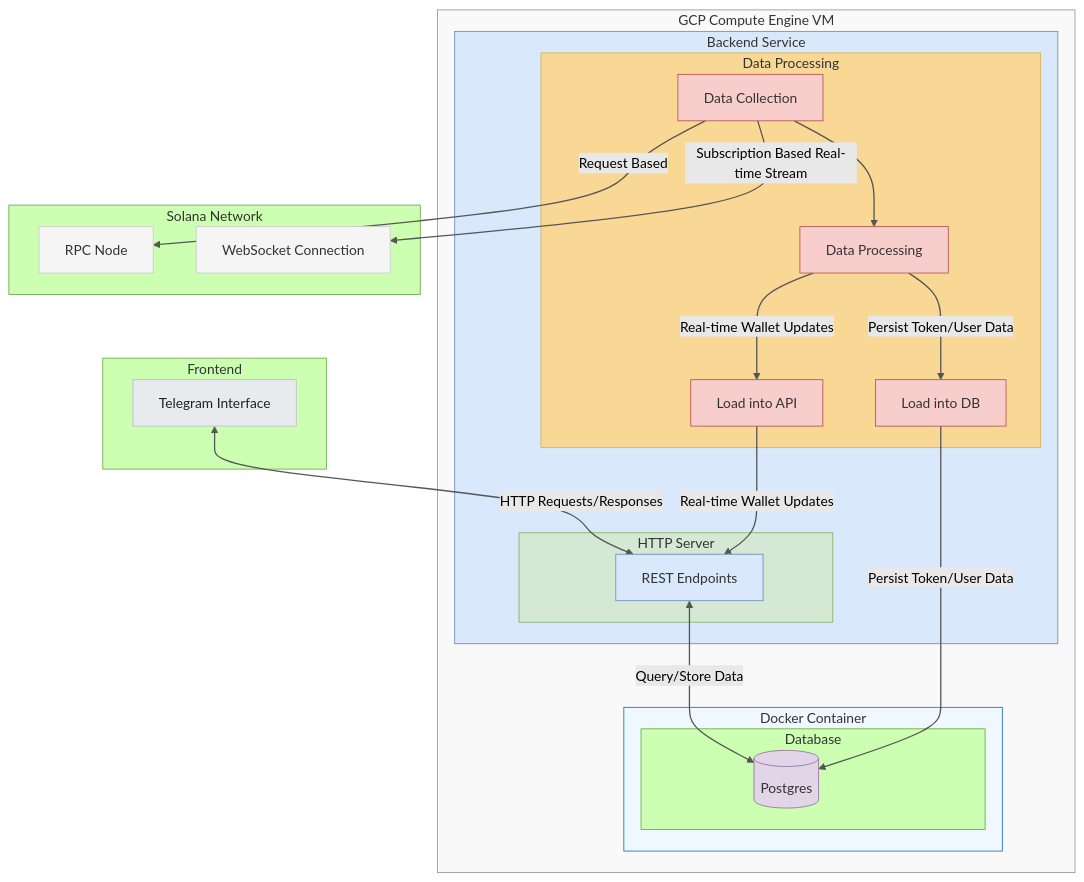
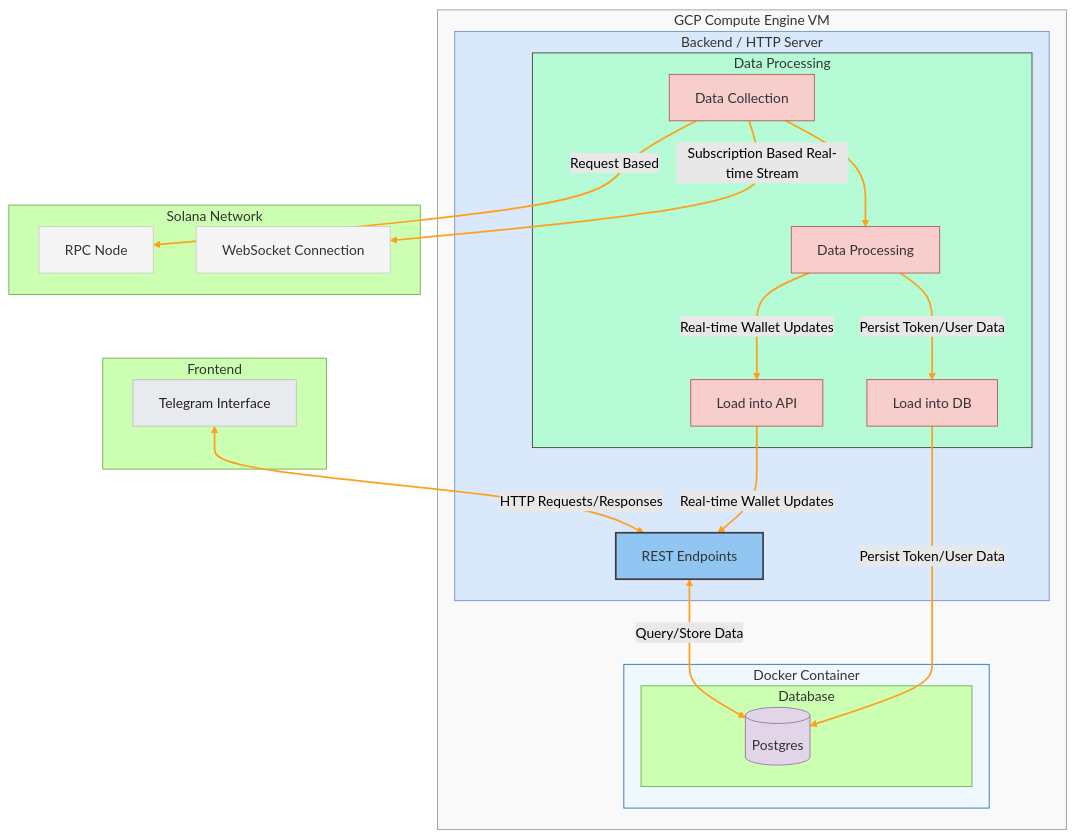
One commit to jakobsym/aura changed the diagram in README.md. Above: the diagram before and after it, drawn with Mermaid (forest theme). The commit also changed other lines of this file, not shown here.

````diff
--- a/README.md
+++ b/README.md
@@ -7,64 +7,62 @@
 ```mermaid
 flowchart TD
     subgraph UI[Frontend]
         WEB[Telegram Interface]
     end
     
     subgraph GCP[GCP Compute Engine VM]
-        subgraph Backend[Backend Service]
+        subgraph Backend[Backend / HTTP Server]
             subgraph DataProcessing[Data Processing]
                 COLLECT[Data Collection] --> PROCESS[Data Processing]
                 PROCESS --> |Persist Token/User Data| STORE_DB[Load into DB]
                 PROCESS --> |Real-time Wallet Updates| SERVE[Load into API]
             end
-            
-            subgraph HTTP_SERVER[HTTP Server]
-                API[REST Endpoints]
-            end
+            API[REST Endpoints]
         end
         
         subgraph Docker[Docker Container]
             subgraph Database[Database]
                 DB[(Postgres)]
             end
         end
     end
     
     subgraph Blockchain[Solana Network]
         RPC[RPC Node]
         BC_WS[WebSocket Connection]
     end
     
     %% Data Flows
     WEB <--> |HTTP Requests/Responses| API
     API <--> |Query/Store Data| DB
-    
     COLLECT --> |Request Based| RPC
     COLLECT --> |Subscription Based Real-time Stream| BC_WS
     STORE_DB --> |Persist Token/User Data| DB
     SERVE --> |Real-time Wallet Updates| API
     
     %% Styling
     classDef frontend fill:#E8EAED,stroke:#BDC1C6,stroke-width:1px,color:#202124
     classDef backend fill:#DAE8FC,stroke:#6C8EBF,stroke-width:1px,color:#333
     classDef blockchain fill:#F5F5F5,stroke:#CCCCCC,stroke-width:1px,color:#333
     classDef database fill:#E1D5E7,stroke:#9673A6,stroke-width:1px,color:#333
-    classDef dataProcessingService fill:#f8d894,stroke:#D6B656,stroke-width:1px,color:#333
+    classDef dataProcessingService fill:#b4fbd6,stroke:#403d44,stroke-width:1px,color:#333
     classDef processSteps fill:#F8CECC,stroke:#B85450,stroke-width:1px,color:#333
     classDef server fill:#D5E8D4,stroke:#82B366,stroke-width:1px,color:#333
     classDef gcp fill:#F9F9F9,stroke:#999999,stroke-width:1px,color:#333
     classDef docker fill:#F0F8FF,stroke:#1D70B8,stroke-width:1px,color:#333
+    classDef restEndpoints fill:#91c5f2,stroke:#403d44,stroke-width:2px,color:#333
     
     class WEB frontend
-    class API,Backend backend
+    class Backend backend
+    class API restEndpoints
     class HTTP_SERVER server
     class DataProcessing dataProcessingService
     class COLLECT,PROCESS,STORE_DB,SERVE processSteps
     class RPC,BC_WS blockchain
     class DB database
     class GCP gcp
     class Docker docker
     
-    %% Make arrow lines darker
-    linkStyle default stroke:#555555,stroke-width:1.5px
+    %% Make arrow lines more visible for dark mode
+    linkStyle default stroke:#FF9F1C,stroke-width:2px
 ```
````
